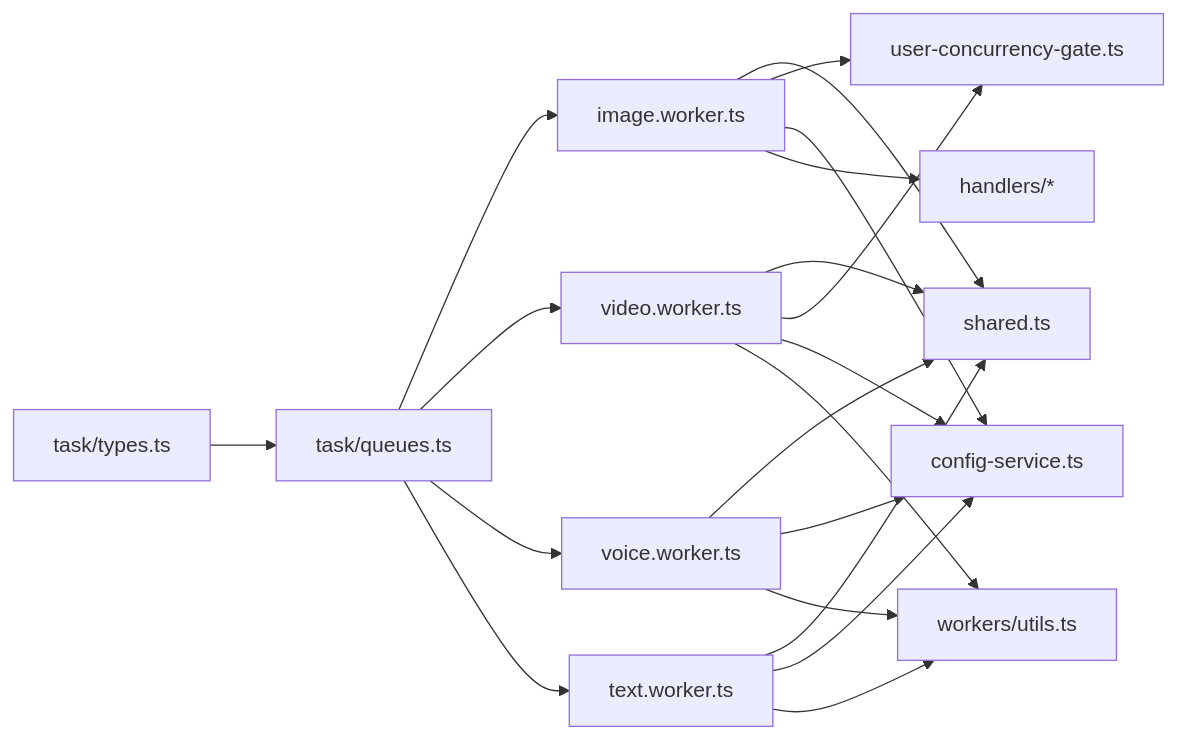
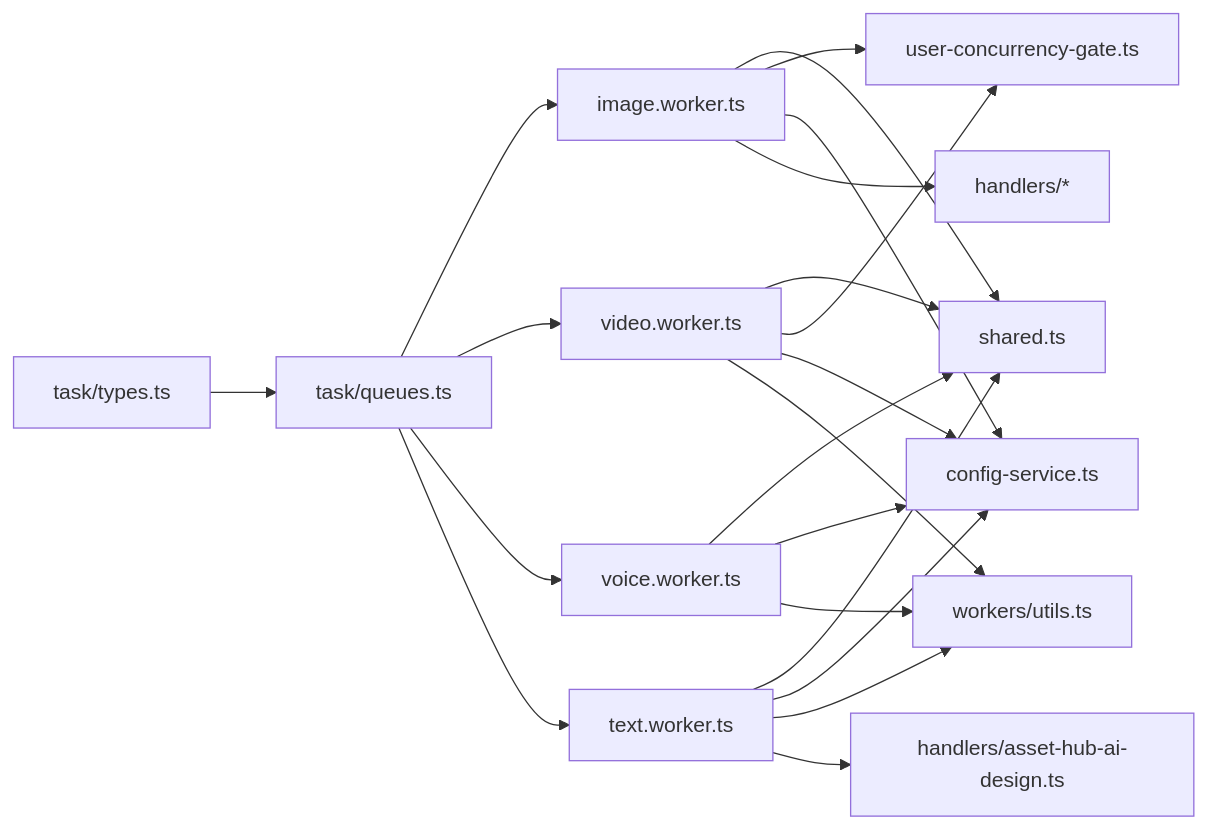
Before and after one commit to lyl2021/waoowaoo: the sixth of 6 diagrams in .qoder/repowiki/zh/content/任务队列系统/Worker管理/Worker管理.md, drawn with Mermaid. The commit also changed other lines of this file and 25 other files, not shown here.

First line of the commit message:
fix: 图片生成最高质量 4K 支持与 LLM 视觉调用网络修复

````diff
--- a/.qoder/repowiki/zh/content/任务队列系统/Worker管理/Worker管理.md
+++ b/.qoder/repowiki/zh/content/任务队列系统/Worker管理/Worker管理.md
@@ -373,22 +407,23 @@
 ```mermaid
 graph LR
 Types["task/types.ts"] --> Queues["task/queues.ts"]
 Queues --> ImgW["image.worker.ts"]
 Queues --> VidW["video.worker.ts"]
 Queues --> VocW["voice.worker.ts"]
 Queues --> TxtW["text.worker.ts"]
 ImgW --> Shared["shared.ts"]
 VidW --> Shared
 VocW --> Shared
 TxtW --> Shared
 ImgW --> Gate["user-concurrency-gate.ts"]
 VidW --> Gate
 ImgW --> Cfg["config-service.ts"]
 VidW --> Cfg
 VocW --> Cfg
 TxtW --> Cfg
 ImgW --> Handlers["handlers/*"]
 VidW --> Utils["workers/utils.ts"]
 VocW --> Utils
 TxtW --> Utils
+TxtW --> AHAND["handlers/asset-hub-ai-design.ts"]
 ```
````
